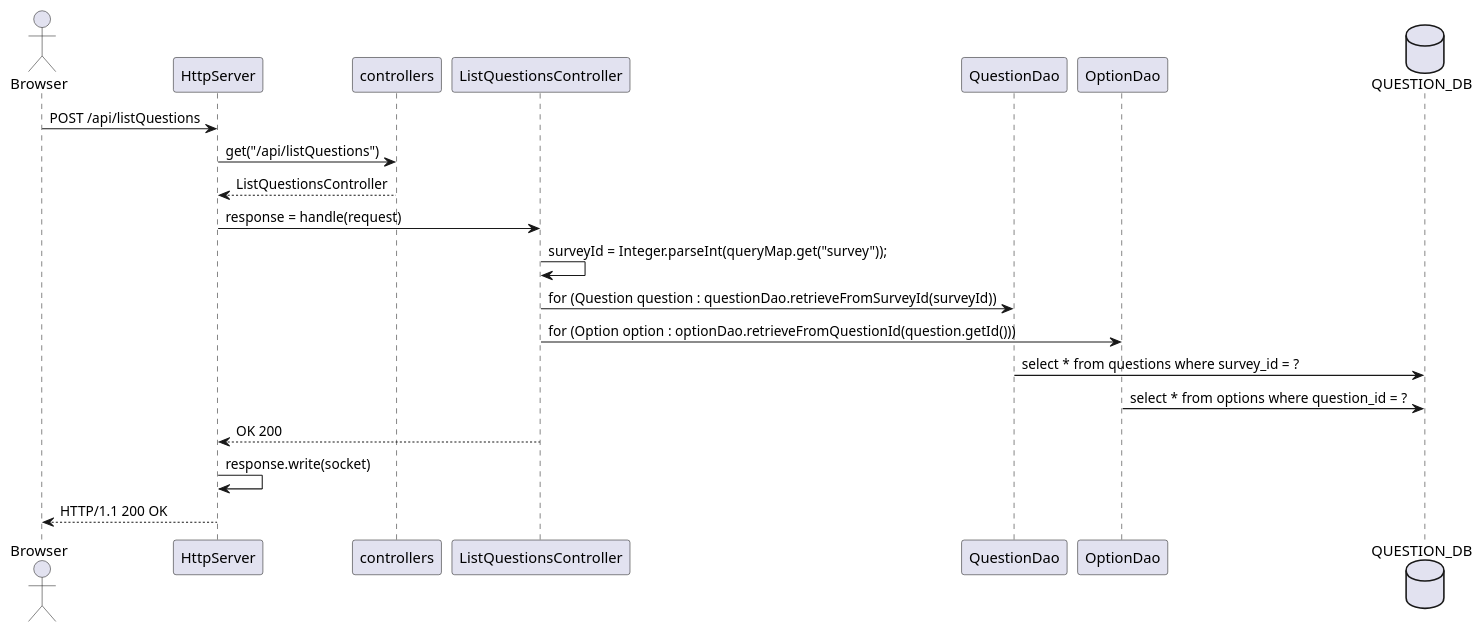
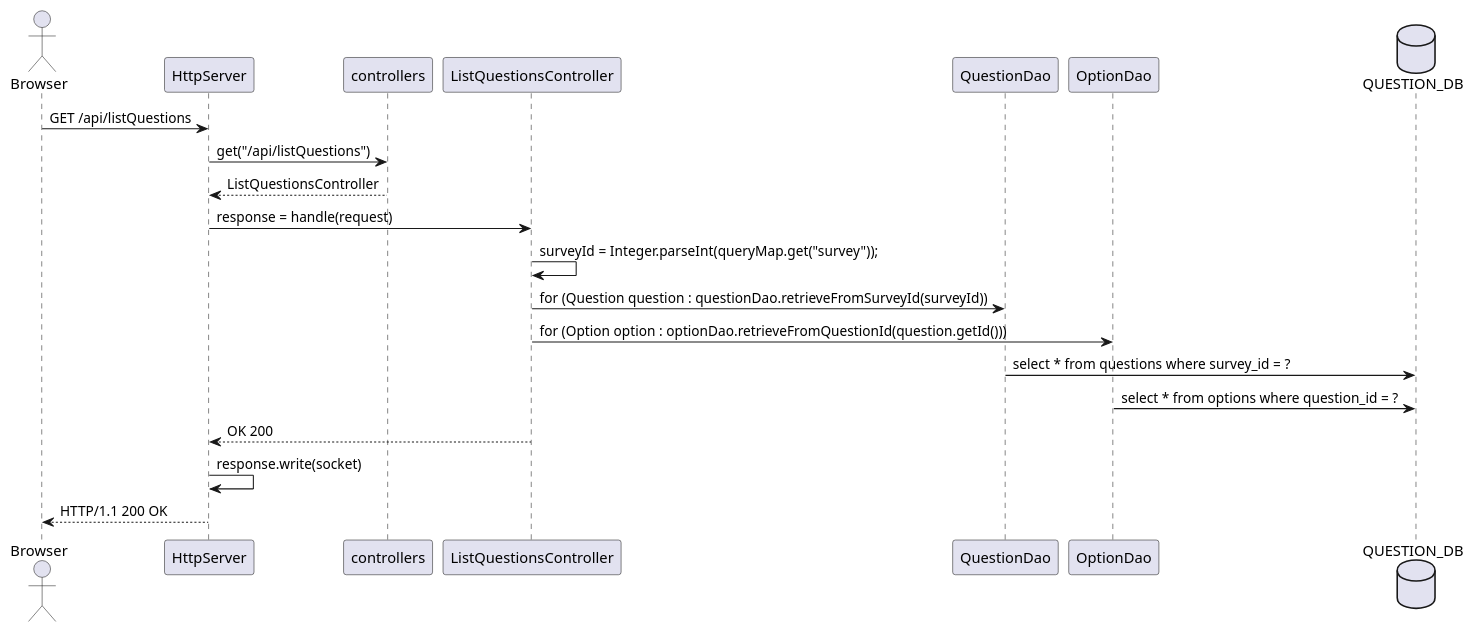
Before and after one commit to Velpre/pgr203-exam-Velpre: the diagram in doc/httpServer.puml, drawn with PlantUML. The commit also changed 1 other file, not shown here.

Commit message:
added server diagram

```diff
--- a/doc/httpServer.puml
+++ b/doc/httpServer.puml
@@ -1,25 +1,25 @@
 @startuml
 actor Browser
 participant HttpServer
 participant controllers
 participant ListQuestionsController
 participant QuestionDao
 participant OptionDao
 database QUESTION_DB
 
-Browser -> HttpServer: POST /api/listQuestions
+Browser -> HttpServer: GET /api/listQuestions
 HttpServer -> controllers: get("/api/listQuestions")
 HttpServer <-- controllers: ListQuestionsController
 HttpServer -> ListQuestionsController: response = handle(request)
 ListQuestionsController -> ListQuestionsController: surveyId = Integer.parseInt(queryMap.get("survey"));
 
 
 ListQuestionsController -> QuestionDao:  for (Question question : questionDao.retrieveFromSurveyId(surveyId))
 ListQuestionsController -> OptionDao: for (Option option : optionDao.retrieveFromQuestionId(question.getId()))
 
 QuestionDao -> QUESTION_DB:  select * from questions where survey_id = ?
 OptionDao -> QUESTION_DB:  select * from options where question_id = ?
 HttpServer <-- ListQuestionsController: OK 200
 HttpServer -> HttpServer: response.write(socket)
 Browser <-- HttpServer: HTTP/1.1 200 OK
 @enduml
```
